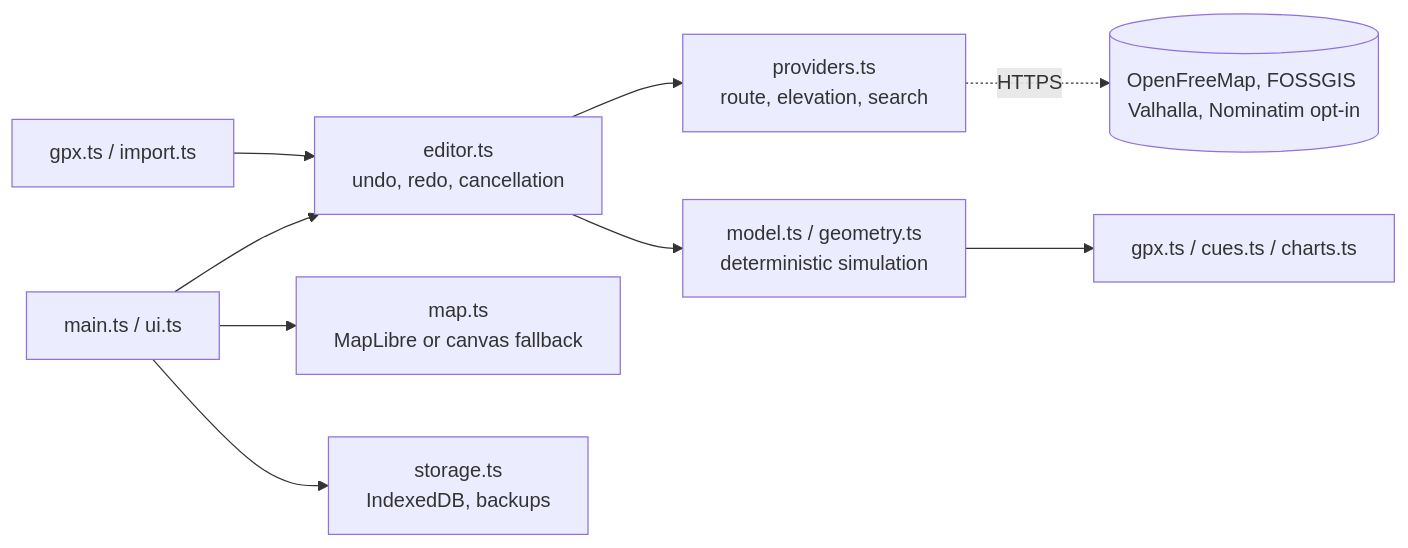
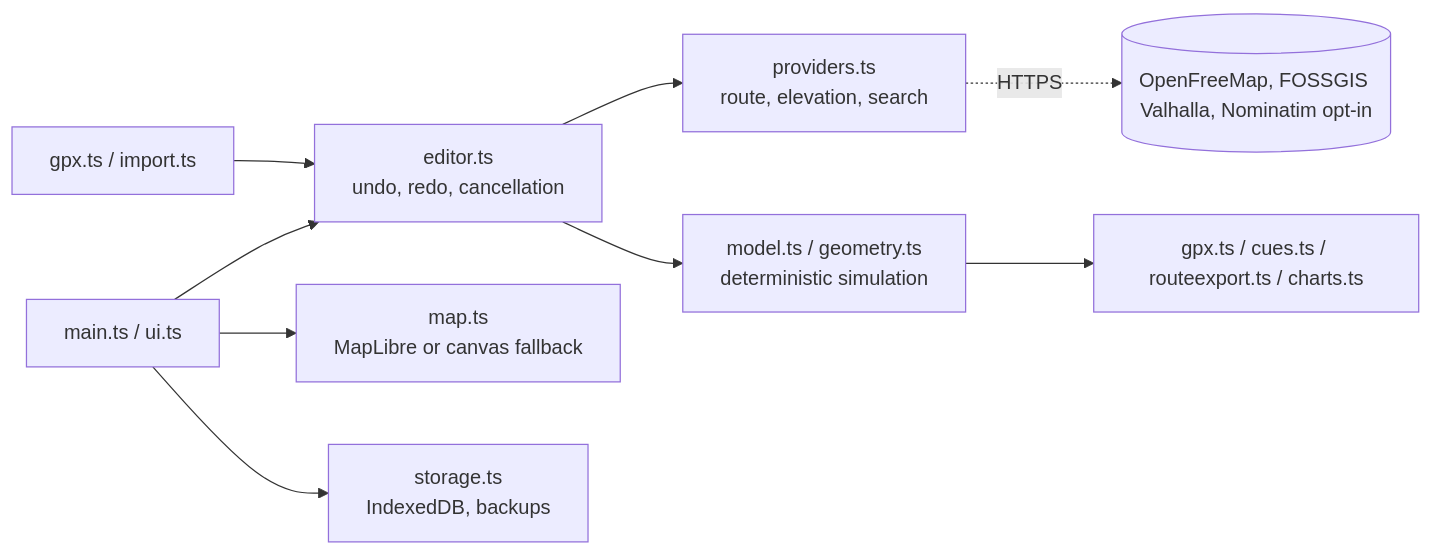
One commit to exterminatorrat/simrun changed the diagram in README.md. Above: the diagram before and after it, drawn with Mermaid. The commit also changed other lines of this file and 18 other files, not shown here.

````diff
--- a/README.md
+++ b/README.md
@@ -102,11 +102,11 @@
 ```mermaid
 flowchart LR
   UI[main.ts / ui.ts] --> Editor[editor.ts<br/>undo, redo, cancellation]
   Editor --> Providers[providers.ts<br/>route, elevation, search]
   Editor --> Model[model.ts / geometry.ts<br/>deterministic simulation]
   UI --> Map[map.ts<br/>MapLibre or canvas fallback]
-  Model --> Export[gpx.ts / cues.ts / charts.ts]
+  Model --> Export[gpx.ts / cues.ts / routeexport.ts / charts.ts]
   Import[gpx.ts / import.ts] --> Editor
   UI --> Storage[storage.ts<br/>IndexedDB, backups]
   Providers -. HTTPS .-> Ext[(OpenFreeMap, FOSSGIS Valhalla, Nominatim opt-in)]
 ```
````
